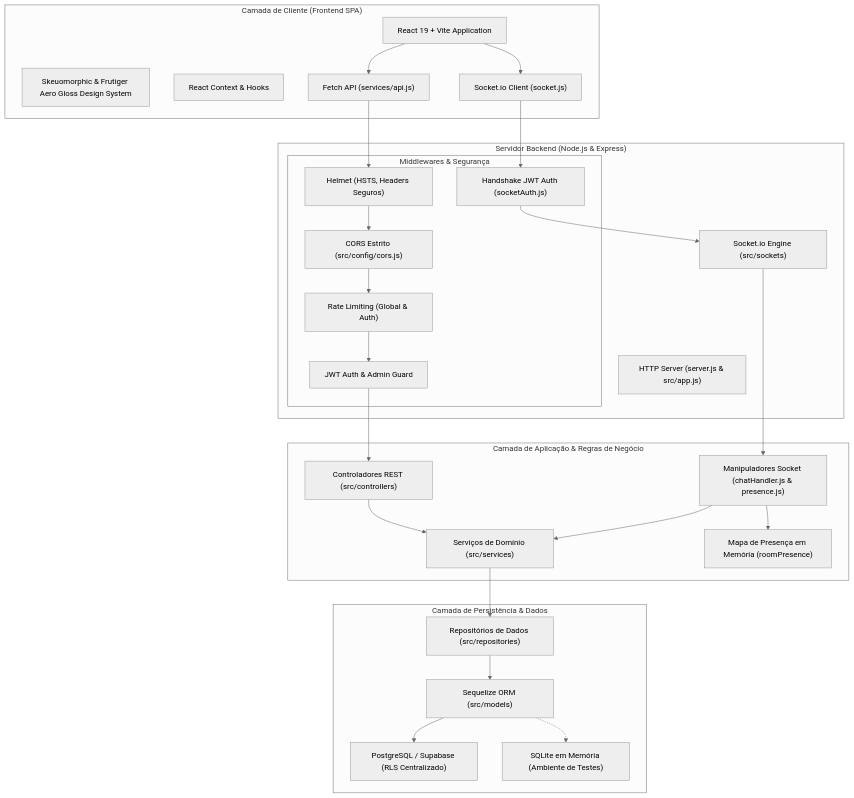
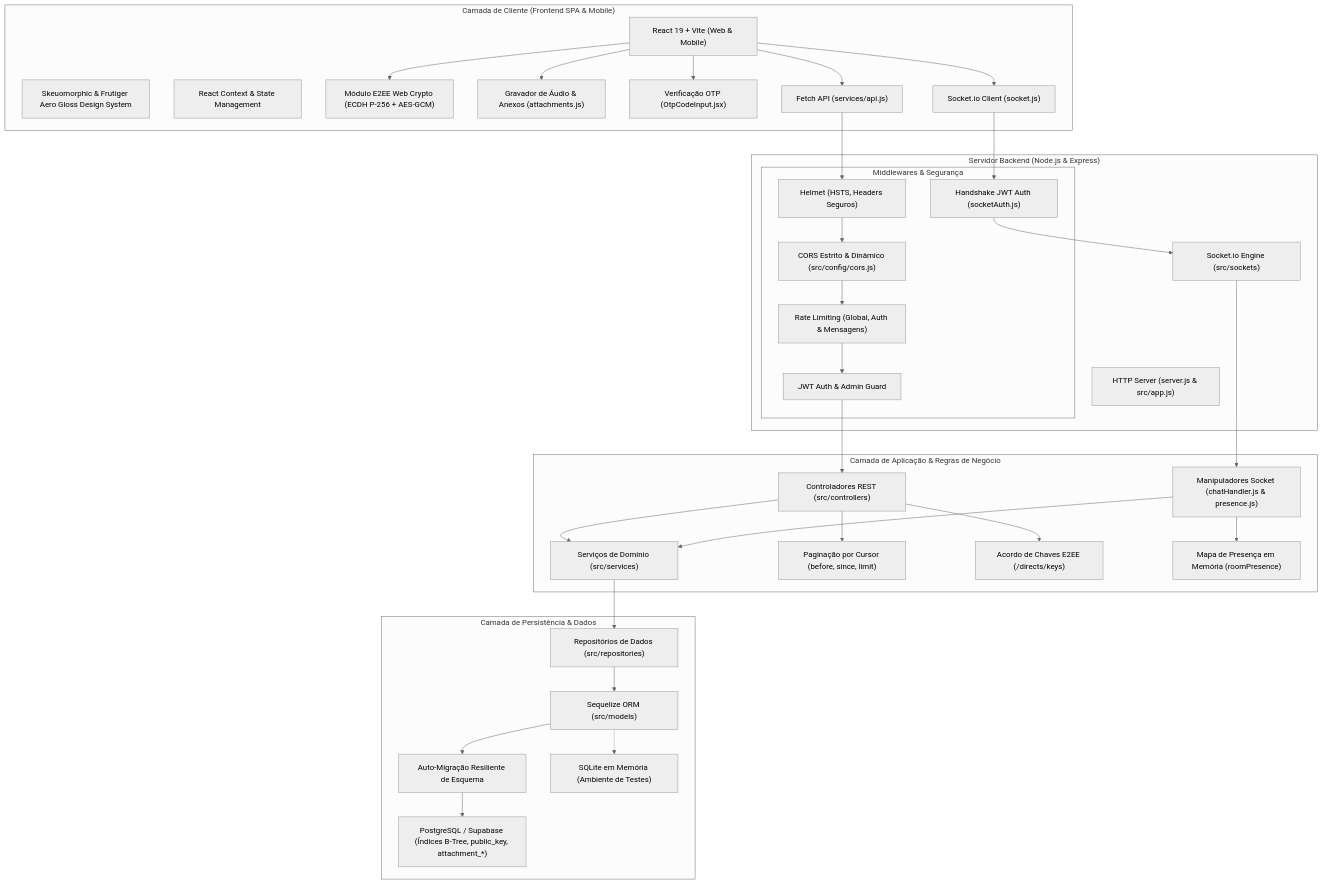
The first of 6 diagrams in README.md (LucasRamosSilva-15/WebChat), drawn with Mermaid (neutral theme) before and after one commit. The commit also changed other lines of this file and 9 other files, not shown here.

Commit message:
feat: add E2EE direct messages public key documentation and update Swagger and README

````diff
--- a/README.md
+++ b/README.md
@@ -374,49 +403,61 @@
 ```mermaid
 graph TD
-    subgraph ClientLayer["Camada de Cliente (Frontend SPA)"]
-        UI["React 19 + Vite Application"]
+    subgraph ClientLayer["Camada de Cliente (Frontend SPA & Mobile)"]
+        UI["React 19 + Vite (Web & Mobile)"]
         Skeuo["Skeuomorphic & Frutiger Aero Gloss Design System"]
-        State["React Context & Hooks"]
+        State["React Context & State Management"]
+        E2EEEngine["Módulo E2EE Web Crypto (ECDH P-256 + AES-GCM)"]
+        MediaEngine["Gravador de Áudio & Anexos (attachments.js)"]
+        OTPEngine["Verificação OTP (OtpCodeInput.jsx)"]
         SocketClient["Socket.io Client (socket.js)"]
         HTTPClient["Fetch API (services/api.js)"]
     end
 
     subgraph GatewayLayer["Servidor Backend (Node.js & Express)"]
         HTTP_Server["HTTP Server (server.js & src/app.js)"]
         Socket_Server["Socket.io Engine (src/sockets)"]
         
         subgraph Middlewares["Middlewares & Segurança"]
             Helmet["Helmet (HSTS, Headers Seguros)"]
-            Cors["CORS Estrito (src/config/cors.js)"]
-            RateLimit["Rate Limiting (Global & Auth)"]
+            Cors["CORS Estrito & Dinâmico (src/config/cors.js)"]
+            RateLimit["Rate Limiting (Global, Auth & Mensagens)"]
             AuthGuard["JWT Auth & Admin Guard"]
             SocketAuth["Handshake JWT Auth (socketAuth.js)"]
         end
     end
 
     subgraph BusinessLayer["Camada de Aplicação & Regras de Negócio"]
         Controllers["Controladores REST (src/controllers)"]
         Services["Serviços de Domínio (src/services)"]
+        CursorEngine["Paginação por Cursor (before, since, limit)"]
+        KeyExchange["Acordo de Chaves E2EE (/directs/keys)"]
         SocketHandlers["Manipuladores Socket (chatHandler.js & presence.js)"]
         PresenceMap["Mapa de Presença em Memória (roomPresence)"]
     end
 
     subgraph PersistenceLayer["Camada de Persistência & Dados"]
         Repos["Repositórios de Dados (src/repositories)"]
         ORM["Sequelize ORM (src/models)"]
-        DB["PostgreSQL / Supabase (RLS Centralizado)"]
+        AutoMigrate["Auto-Migração Resiliente de Esquema"]
+        DB["PostgreSQL / Supabase (Índices B-Tree, public_key, attachment_*)"]
         MemDB["SQLite em Memória (Ambiente de Testes)"]
     end
 
     UI --> HTTPClient
     UI --> SocketClient
+    UI --> E2EEEngine
+    UI --> MediaEngine
+    UI --> OTPEngine
     HTTPClient --> Helmet --> Cors --> RateLimit --> AuthGuard --> Controllers
     SocketClient --> SocketAuth --> Socket_Server --> SocketHandlers
     SocketHandlers --> PresenceMap
     Controllers --> Services
+    Controllers --> CursorEngine
+    Controllers --> KeyExchange
     SocketHandlers --> Services
     Services --> Repos
     Repos --> ORM
-    ORM --> DB
+    ORM --> AutoMigrate
+    AutoMigrate --> DB
     ORM -.-> MemDB
 ```
````
